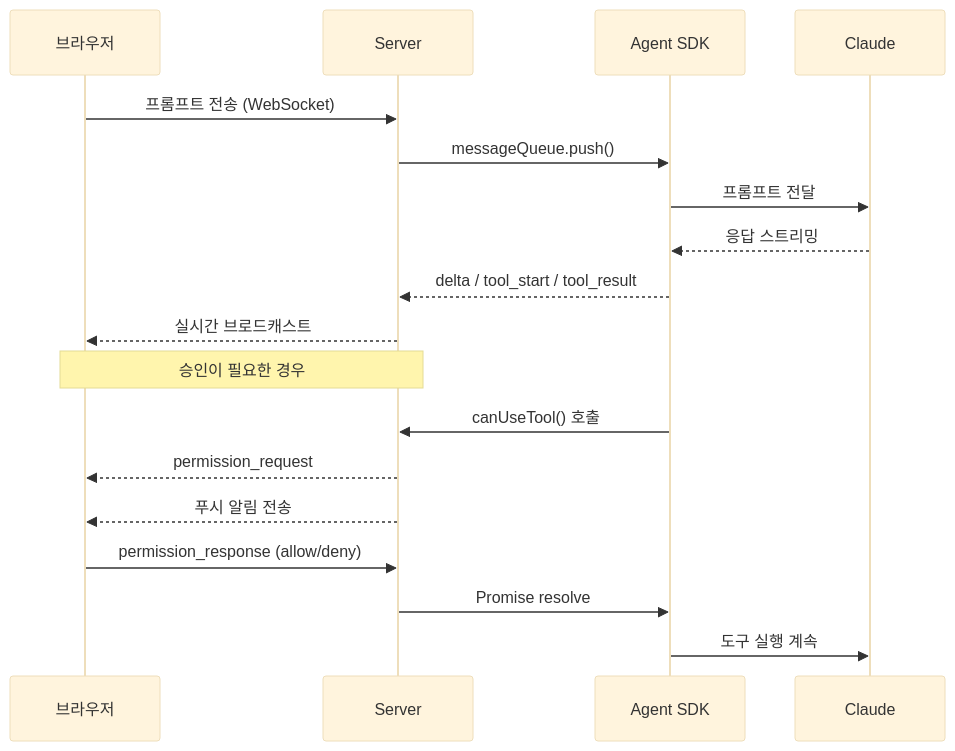
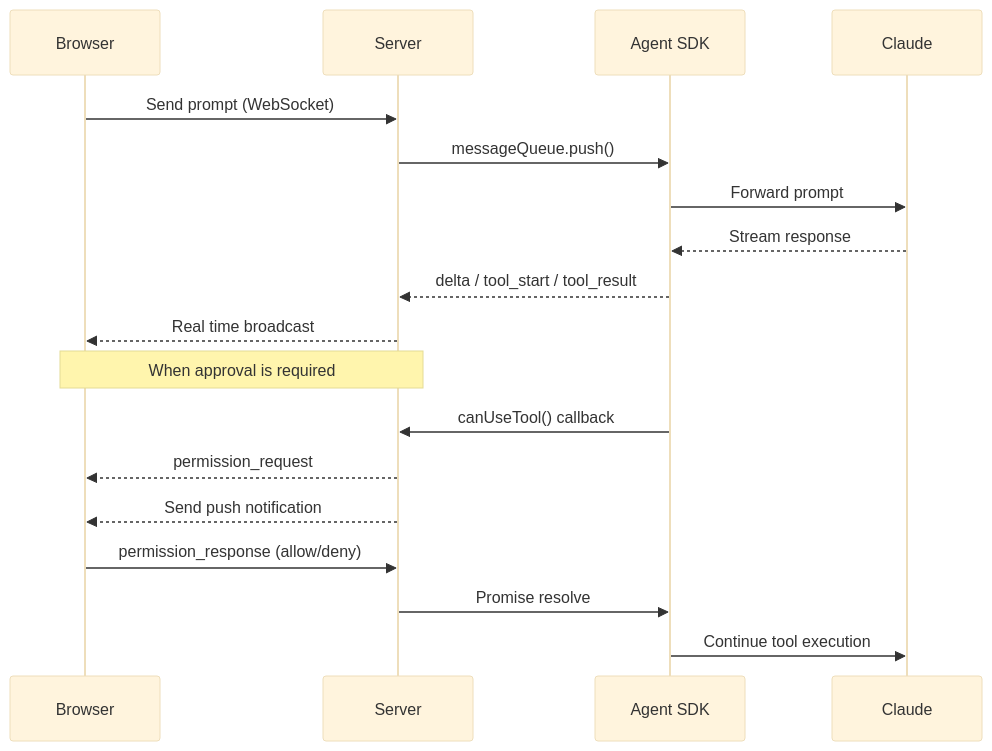
The second of 3 diagrams in docs/architecture.md (browntea/clay), drawn with Mermaid (base theme) before and after one commit. The commit also changed other lines of this file, not shown here.

Commit message:
Update architecture documentation

````diff
--- a/docs/architecture.md
+++ b/docs/architecture.md
@@ -30,22 +30,22 @@
 ```mermaid
 sequenceDiagram
-    participant B as 브라우저
+    participant B as Browser
     participant S as Server
     participant SDK as Agent SDK
     participant C as Claude
 
-    B->>S: 프롬프트 전송 (WebSocket)
+    B->>S: Send prompt (WebSocket)
     S->>SDK: messageQueue.push()
-    SDK->>C: 프롬프트 전달
-    C-->>SDK: 응답 스트리밍
+    SDK->>C: Forward prompt
+    C-->>SDK: Stream response
     SDK-->>S: delta / tool_start / tool_result
-    S-->>B: 실시간 브로드캐스트
+    S-->>B: Real time broadcast
 
-    Note over S,B: 승인이 필요한 경우
-    SDK->>S: canUseTool() 호출
+    Note over S,B: When approval is required
+    SDK->>S: canUseTool() callback
     S-->>B: permission_request
-    S-->>B: 푸시 알림 전송
+    S-->>B: Send push notification
     B->>S: permission_response (allow/deny)
     S->>SDK: Promise resolve
-    SDK->>C: 도구 실행 계속
+    SDK->>C: Continue tool execution
 ```
````
